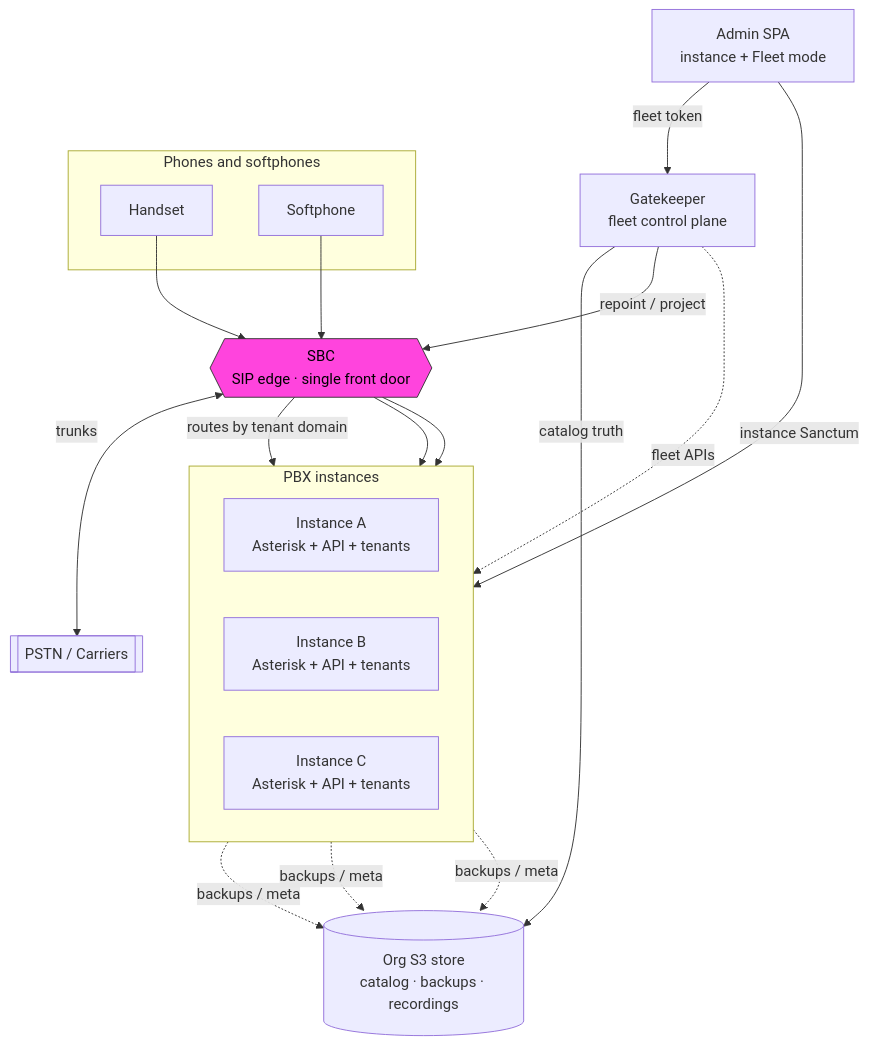
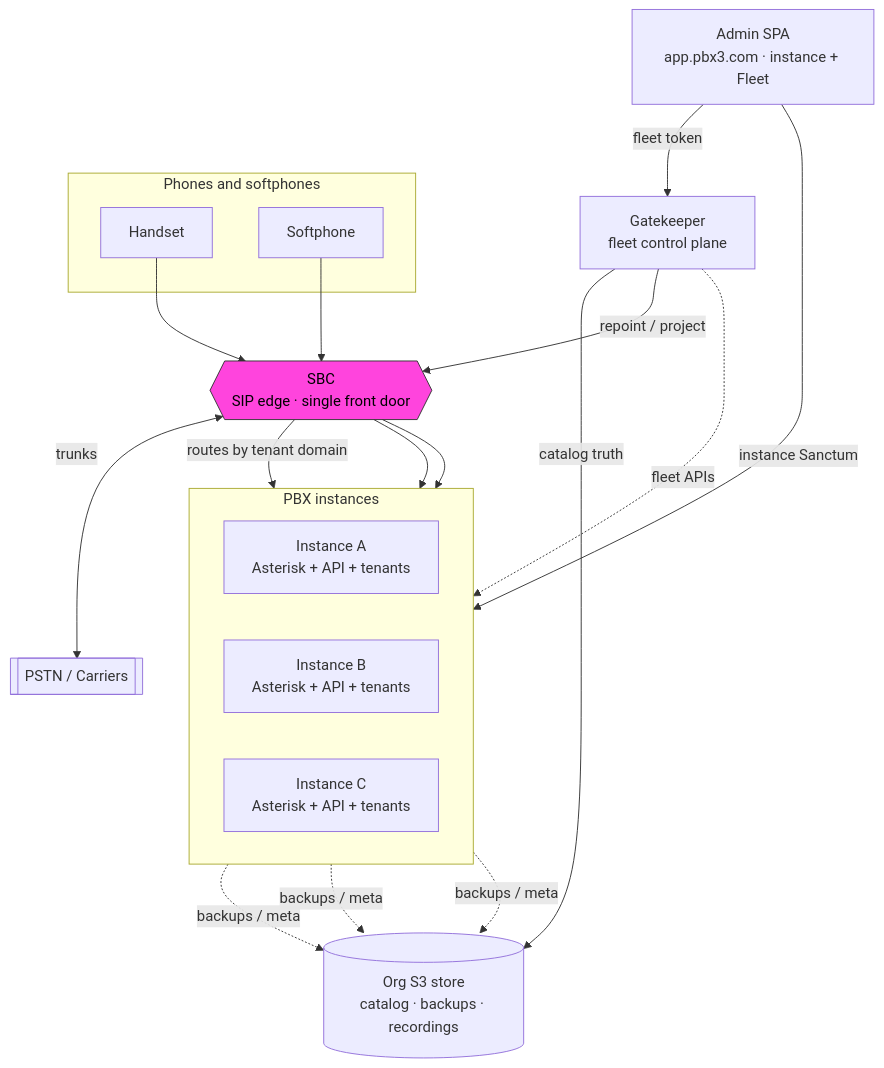
The diagram in docs/index.md (aelintra/pbx3-docs), drawn with Mermaid before and after one commit. The commit also changed other lines of this file and 14 other files, not shown here.

First line of the commit message:
Bake shared app.pbx3.com SPA into install and sign-in guides.

````diff
--- a/docs/index.md
+++ b/docs/index.md
@@ -10,41 +10,41 @@
 ```mermaid
 flowchart TB
     subgraph phones["Phones and softphones"]
       P1["Handset"]
       P2["Softphone"]
     end
 
     SBC{{"SBC<br/>SIP edge · single front door"}}
 
     subgraph fleet["PBX instances"]
       direction LR
       N1["Instance A<br/>Asterisk + API + tenants"]
       N2["Instance B<br/>Asterisk + API + tenants"]
       N3["Instance C<br/>Asterisk + API + tenants"]
     end
 
     S3[("Org S3 store<br/>catalog · backups · recordings")]
     GK["Gatekeeper<br/>fleet control plane"]
-    SPA["Admin SPA<br/>instance + Fleet mode"]
+    SPA["Admin SPA<br/>app.pbx3.com · instance + Fleet"]
     CAR[["PSTN / Carriers"]]
 
     P1 --> SBC
     P2 --> SBC
     SBC -->|"routes by tenant domain"| N1
     SBC --> N2
     SBC --> N3
     SBC <-->|"trunks"| CAR
 
     N1 -. "backups / meta" .-> S3
     N2 -. "backups / meta" .-> S3
     N3 -. "backups / meta" .-> S3
 
     GK -->|"catalog truth"| S3
     GK -->|"repoint / project"| SBC
     GK -.->|"fleet APIs"| fleet
     SPA -->|"instance Sanctum"| fleet
     SPA -->|"fleet token"| GK
 
     classDef edge fill:#f4d,stroke:#333,color:#000;
     class SBC edge;
 ```
````
